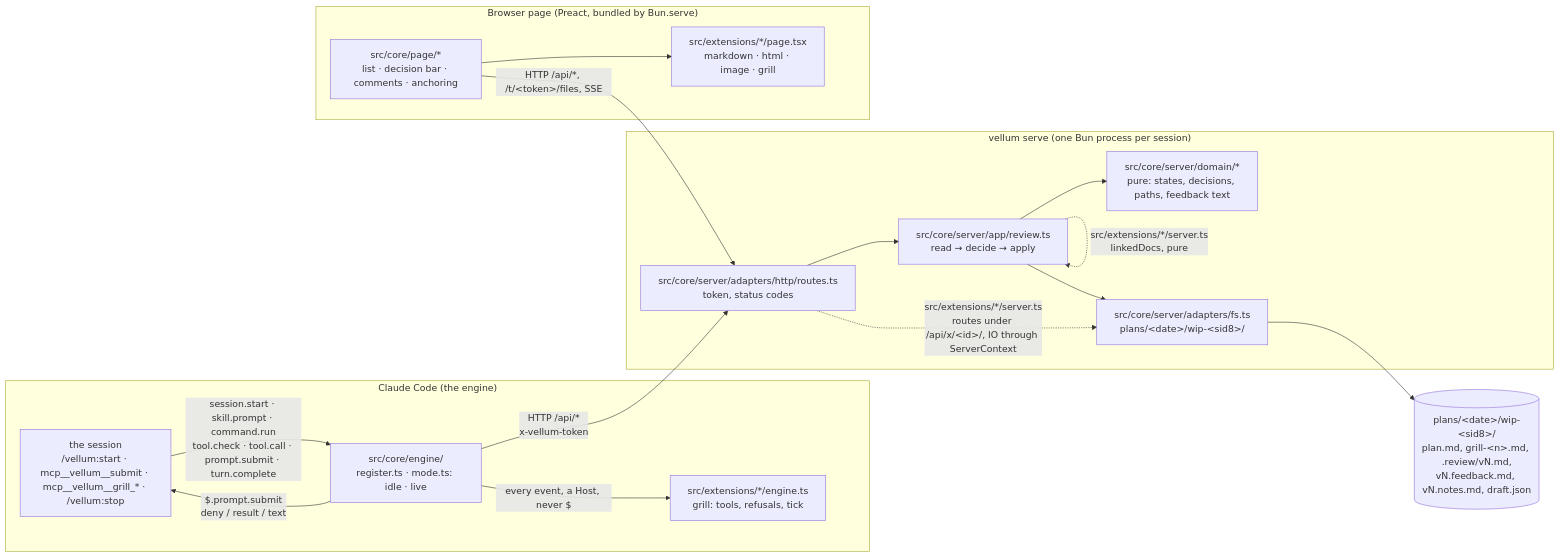
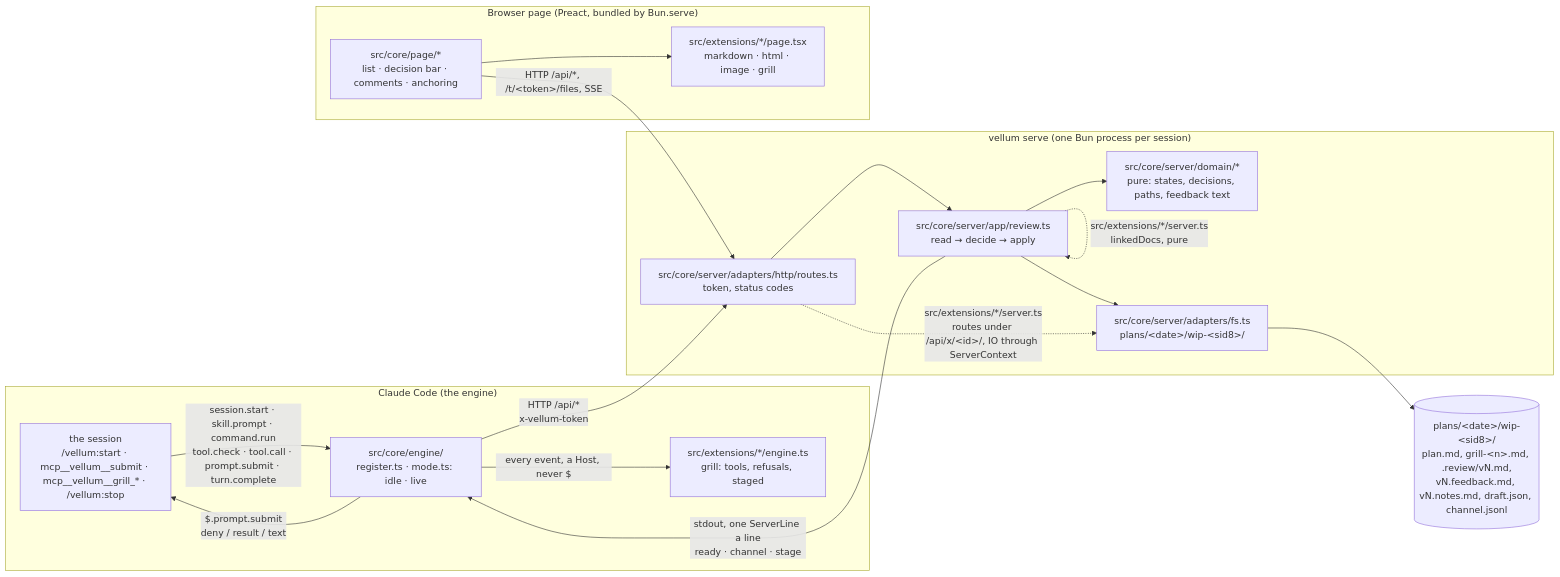
The first of 5 diagrams in vellum/docs/architecture.md (bengous/claude-code-plugins), drawn with Mermaid before and after one commit. The commit also changed other lines of this file and 64 other files, not shown here.

First line of the commit message:
feat(vellum): everything that reaches Claude goes through one channel, .review/channel.jsonl (#226)

````diff
--- a/vellum/docs/architecture.md
+++ b/vellum/docs/architecture.md
@@ -11,30 +11,31 @@
 ```mermaid
 flowchart LR
   subgraph engine["Claude Code (the engine)"]
     CC["the session<br/>/vellum:start · mcp__vellum__submit · mcp__vellum__grill_* · /vellum:stop"]
     M["src/core/engine/<br/>register.ts · mode.ts: idle · live"]
-    E["src/extensions/*/engine.ts<br/>grill: tools, refusals, tick"]
+    E["src/extensions/*/engine.ts<br/>grill: tools, refusals, staged"]
     CC -- "session.start · skill.prompt · command.run<br/>tool.check · tool.call · prompt.submit · turn.complete" --> M
     M -- "$.prompt.submit<br/>deny / result / text" --> CC
     M -- "every event, a Host, never $" --> E
   end
   subgraph server["vellum serve (one Bun process per session)"]
     R["src/core/server/adapters/http/routes.ts<br/>token, status codes"]
     A["src/core/server/app/review.ts<br/>read → decide → apply"]
     T["src/core/server/domain/*<br/>pure: states, decisions, paths, feedback text"]
     W["src/core/server/adapters/fs.ts<br/>plans/&lt;date&gt;/wip-&lt;sid8&gt;/"]
     R --> A --> T
     A --> W
   end
   subgraph page["Browser page (Preact, bundled by Bun.serve)"]
     U["src/core/page/*<br/>list · decision bar · comments · anchoring"]
     P["src/extensions/*/page.tsx<br/>markdown · html · image · grill"]
     U --> P
   end
   M -- "HTTP /api/*<br/>x-vellum-token" --> R
+  A -- "stdout, one ServerLine a line<br/>ready · channel · stage" --> M
   U -- "HTTP /api/*, /t/&lt;token&gt;/files, SSE" --> R
   A -. "src/extensions/*/server.ts<br/>linkedDocs, pure" .-> A
   R -. "src/extensions/*/server.ts<br/>routes under /api/x/&lt;id&gt;/, IO through ServerContext" .-> W
-  F[("plans/&lt;date&gt;/wip-&lt;sid8&gt;/<br/>plan.md, grill-&lt;n&gt;.md, .review/vN.md,<br/>vN.feedback.md, vN.notes.md, draft.json")]
+  F[("plans/&lt;date&gt;/wip-&lt;sid8&gt;/<br/>plan.md, grill-&lt;n&gt;.md, .review/vN.md,<br/>vN.feedback.md, vN.notes.md, draft.json, channel.jsonl")]
   W --> F
 ```
````
